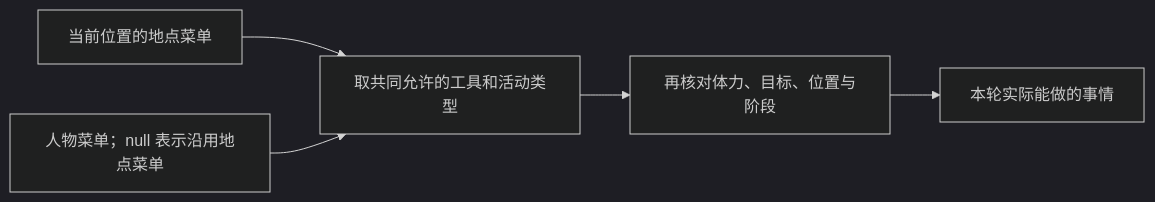
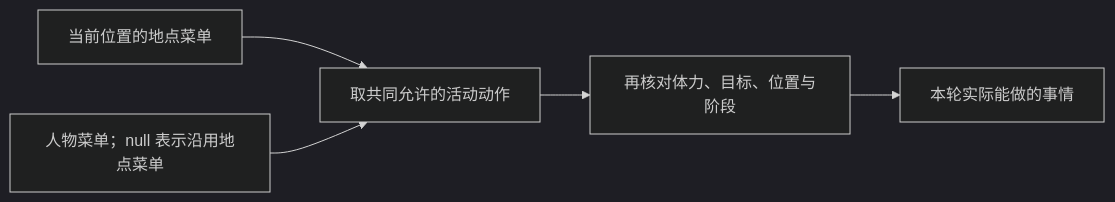
One commit to HoldThatThgt/WorldMock changed the second of 2 diagrams in docs/manual/scenarios.md. Above: the diagram before and after it, drawn with Mermaid (dark theme). The commit also changed other lines of this file and 169 other files, not shown here.

````diff
--- a/docs/manual/scenarios.md
+++ b/docs/manual/scenarios.md
@@ -138,7 +138,7 @@
 ```mermaid
 flowchart LR
-    LOCATION[当前位置的地点菜单] --> BOTH[取共同允许的工具和活动类型]
+    LOCATION[当前位置的地点菜单] --> BOTH[取共同允许的活动动作]
     PERSON[人物菜单；null 表示沿用地点菜单] --> BOTH
     BOTH --> STATE[再核对体力、目标、位置与阶段]
     STATE --> ACTION[本轮实际能做的事情]
 ```
````
